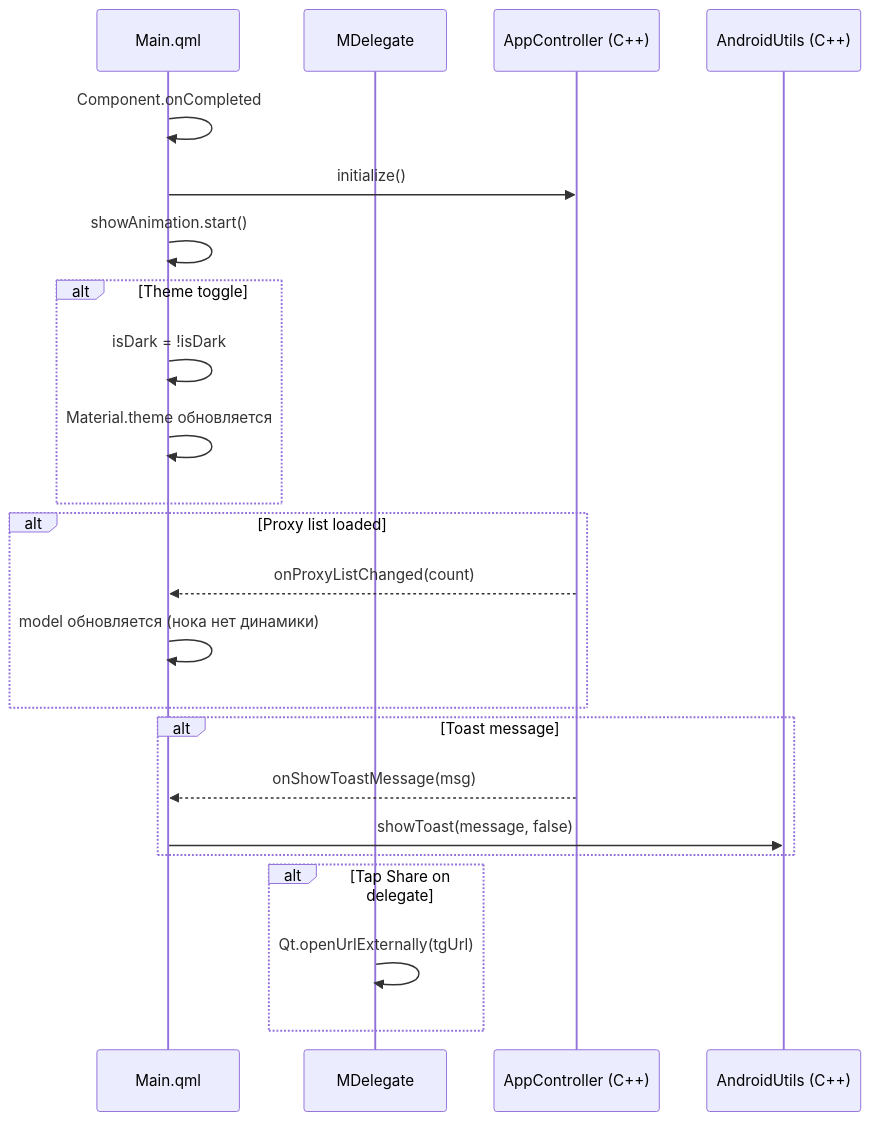
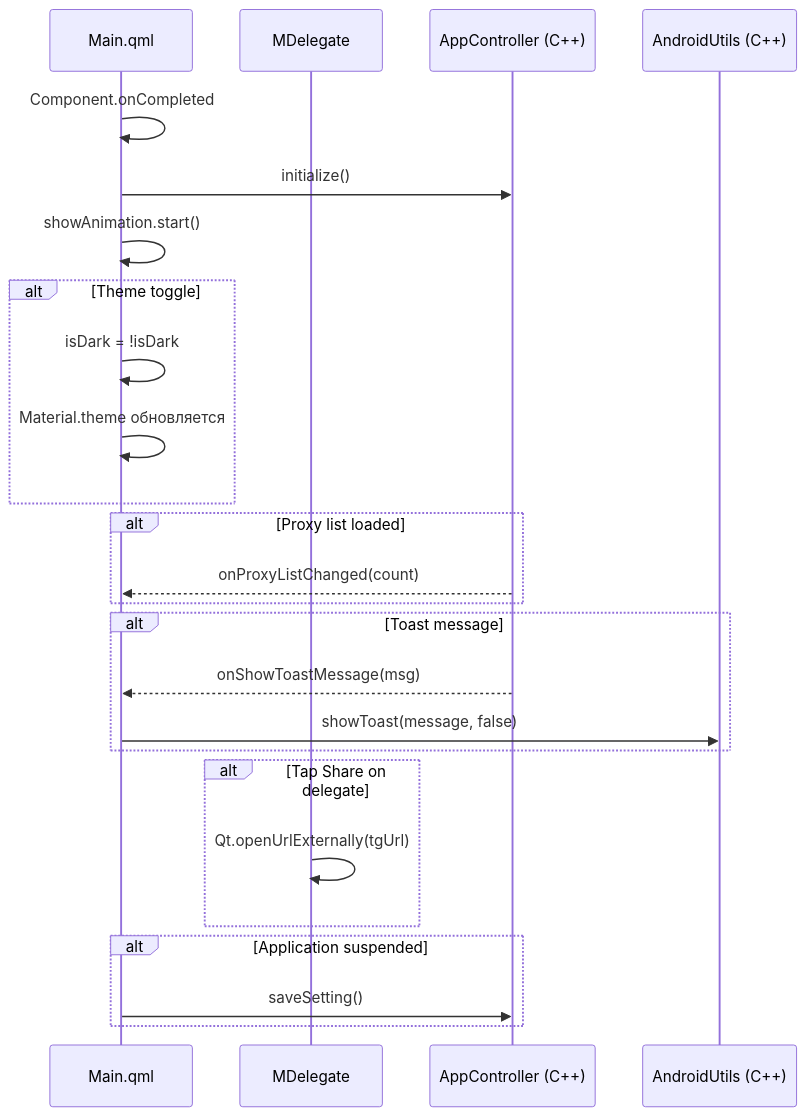
Before and after one commit to ZanyXDev/MTProxyInspector: the second of 2 diagrams in docs/audit_qml_ui.md, drawn with Mermaid. The commit also changed other lines of this file and 4 other files, not shown here.

````diff
--- a/docs/audit_qml_ui.md
+++ b/docs/audit_qml_ui.md
@@ -61,30 +69,33 @@
 ```mermaid
 sequenceDiagram
     participant AppWnd as Main.qml
     participant Delegate as MDelegate
     participant AC as AppController (C++)
     participant AU as AndroidUtils (C++)
 
     AppWnd->>AppWnd: Component.onCompleted
     AppWnd->>AC: initialize()
     AppWnd->>AppWnd: showAnimation.start()
 
     alt Theme toggle
         AppWnd->>AppWnd: isDark = !isDark
         AppWnd->>AppWnd: Material.theme обновляется
     end
 
     alt Proxy list loaded
         AC-->>AppWnd: onProxyListChanged(count)
-        AppWnd->>AppWnd: model обновляется (нока нет динамики)
     end
 
     alt Toast message
         AC-->>AppWnd: onShowToastMessage(msg)
         AppWnd->>AU: showToast(message, false)
     end
 
     alt Tap Share on delegate
         Delegate->>Delegate: Qt.openUrlExternally(tgUrl)
     end
+
+    alt Application suspended
+        AppWnd->>AC: saveSetting()
+    end
 ```
````
